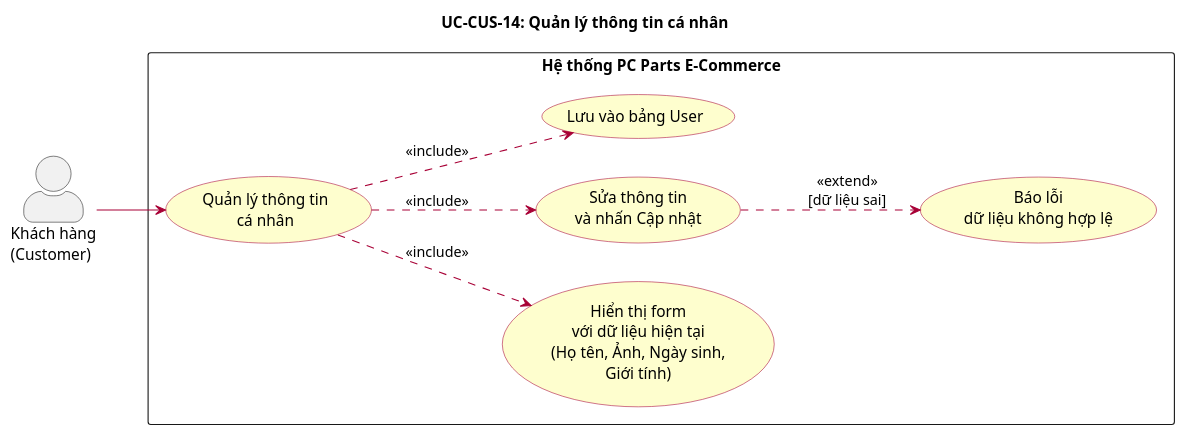
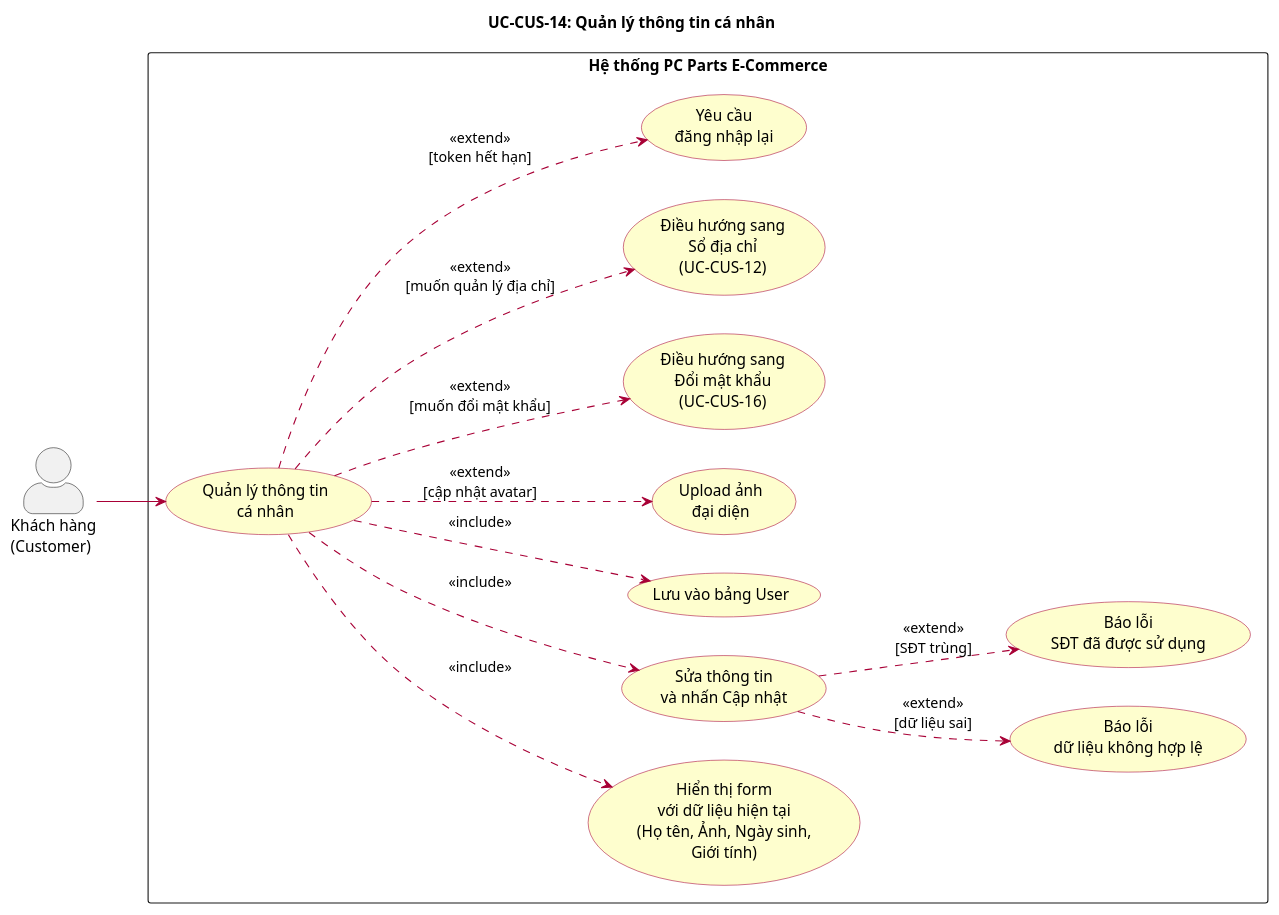
One commit to huuhieu56/PC-Parts-ECommerce changed the diagram in docs/diagrams/uc_CUS14_quan_ly_thong_tin.puml. Above: the diagram before and after it, drawn with PlantUML. The commit also changed 3 other files, not shown here.

Commit message:
docs(UC-CUS-14): Update user profile management documentation and sequence diagrams to include avatar upload and validation rules

```diff
--- a/docs/diagrams/uc_CUS14_quan_ly_thong_tin.puml
+++ b/docs/diagrams/uc_CUS14_quan_ly_thong_tin.puml
@@ -1,33 +1,43 @@
 @startuml UC-CUS-14 Quản lý thông tin cá nhân
 left to right direction
 skinparam actorStyle awesome
 skinparam packageStyle rectangle
 skinparam usecase {
   BackgroundColor #FEFECE
   BorderColor #A80036
   ArrowColor #A80036
 }
 
 title UC-CUS-14: Quản lý thông tin cá nhân
 
 actor "Khách hàng\n(Customer)" as Customer
 
 rectangle "Hệ thống PC Parts E-Commerce" {
   usecase "Quản lý thông tin\ncá nhân" as UC_PROFILE
 
   usecase "Hiển thị form\nvới dữ liệu hiện tại\n(Họ tên, Ảnh, Ngày sinh,\nGiới tính)" as UC_FORM
   usecase "Sửa thông tin\nvà nhấn Cập nhật" as UC_EDIT
   usecase "Lưu vào bảng User" as UC_SAVE
+  usecase "Upload ảnh\nđại diện" as UC_AVATAR
+  usecase "Điều hướng sang\nĐổi mật khẩu\n(UC-CUS-16)" as UC_PASSWORD
+  usecase "Điều hướng sang\nSổ địa chỉ\n(UC-CUS-12)" as UC_ADDRESS
 
   usecase "Báo lỗi\ndữ liệu không hợp lệ" as UC_ERR_INVALID
+  usecase "Báo lỗi\nSĐT đã được sử dụng" as UC_ERR_PHONE
+  usecase "Yêu cầu\nđăng nhập lại" as UC_ERR_AUTH
 }
 
 Customer --> UC_PROFILE
 
 UC_PROFILE ..> UC_FORM : <<include>>
 UC_PROFILE ..> UC_EDIT : <<include>>
 UC_PROFILE ..> UC_SAVE : <<include>>
 
+UC_PROFILE ..> UC_AVATAR : <<extend>>\n[cập nhật avatar]
+UC_PROFILE ..> UC_PASSWORD : <<extend>>\n[muốn đổi mật khẩu]
+UC_PROFILE ..> UC_ADDRESS : <<extend>>\n[muốn quản lý địa chỉ]
 UC_EDIT ..> UC_ERR_INVALID : <<extend>>\n[dữ liệu sai]
+UC_EDIT ..> UC_ERR_PHONE : <<extend>>\n[SĐT trùng]
+UC_PROFILE ..> UC_ERR_AUTH : <<extend>>\n[token hết hạn]
 
 @enduml
```
